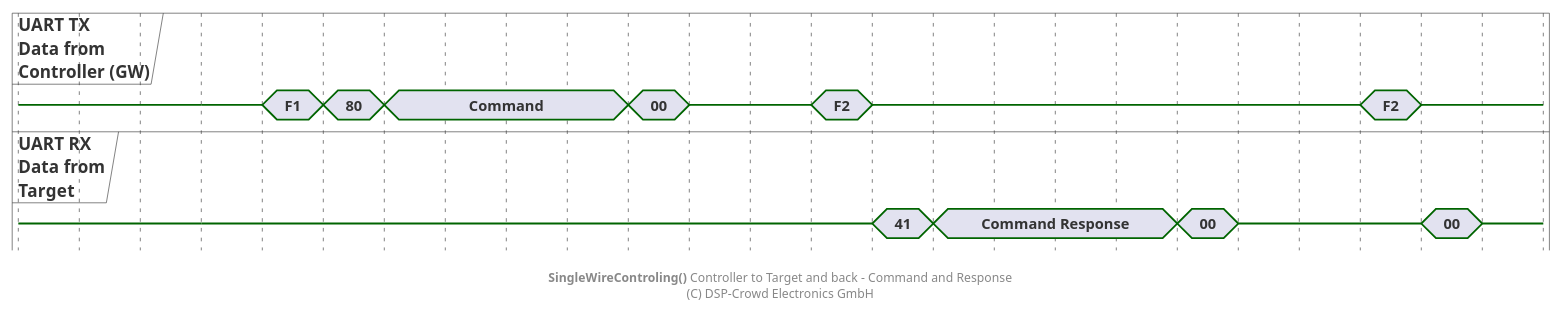
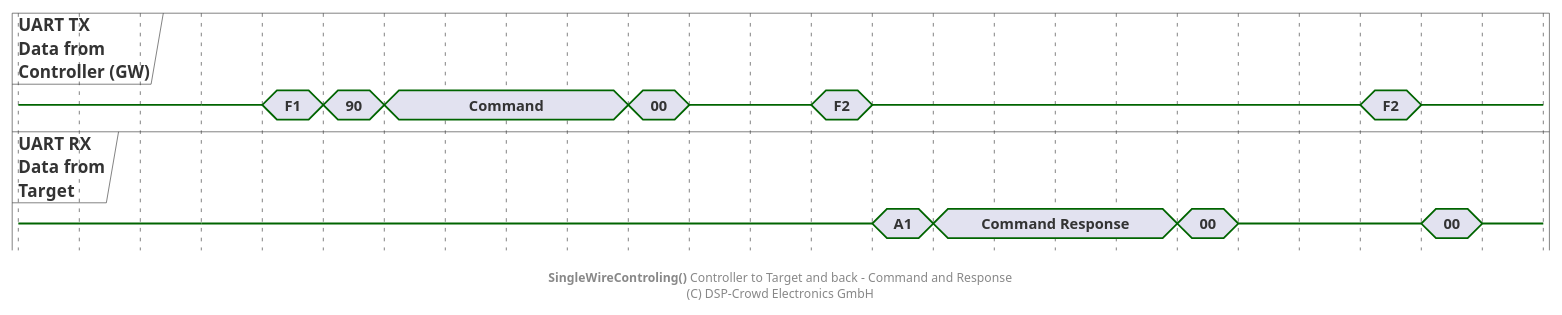
The diagram in doc/system/protocol/B1_swt-ctrl-to-target_cmd_cmd-resp.pu (NoOrientationProgramming/code-orb), drawn with PlantUML before and after one commit. The commit also changed 11 other files, not shown here.

```diff
--- a/doc/system/protocol/B1_swt-ctrl-to-target_cmd_cmd-resp.pu
+++ b/doc/system/protocol/B1_swt-ctrl-to-target_cmd_cmd-resp.pu
@@ -2,59 +2,59 @@
 @startuml
 
 hide time-axis
 
 concise "UART TX\nData from\nController (GW)" as ctrl
 concise "UART RX\nData from\nTarget" as tar
 
 @0
 ctrl is {-}
 tar is {-}
 
 @+60
 ctrl is {-}
 tar is {-}
 
 @+20
 ctrl is "F1"
 
 @+20
-ctrl is "80"
+ctrl is "90"
 
 @+20
 ctrl is "Command"
 
 @+80
 ctrl is "00"
 
 @+20
 ctrl is {-}
 
 @+40
 ctrl is "F2"
 
 @+20
 ctrl is {-}
-tar is "41"
+tar is "A1"
 
 @+20
 tar is "Command Response"
 
 @+80
 tar is "00"
 
 @+20
 tar is {-}
 
 @+40
 ctrl is "F2"
 
 @+20
 ctrl is {-}
 tar is "00"
 
 @+20
 tar is {-}
 
 footer **SingleWireControling()** Controller to Target and back - Command and Response\n(C) DSP-Crowd Electronics GmbH
 
 @enduml
```
